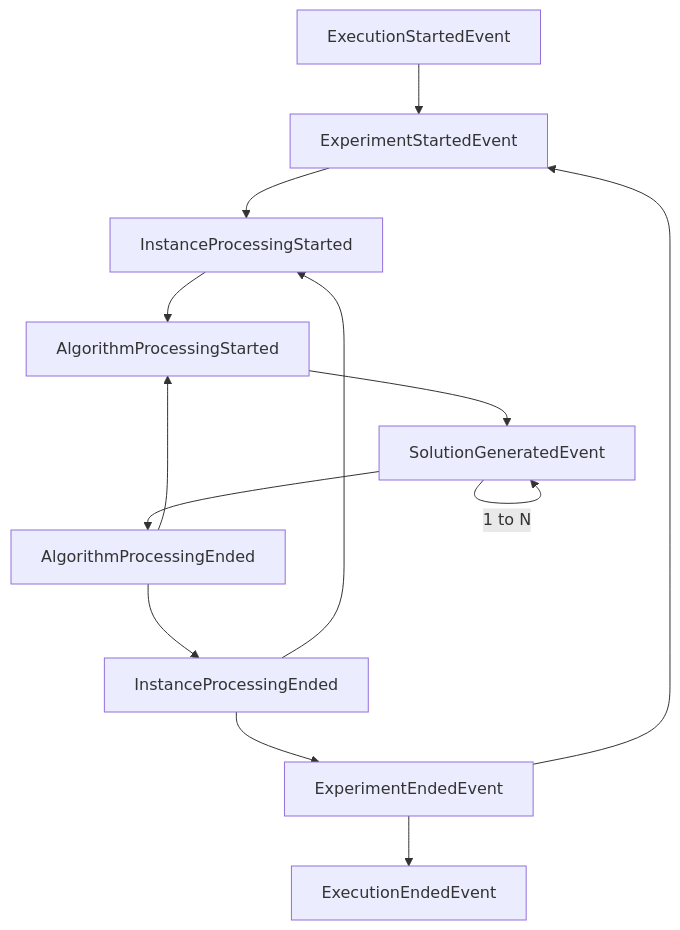
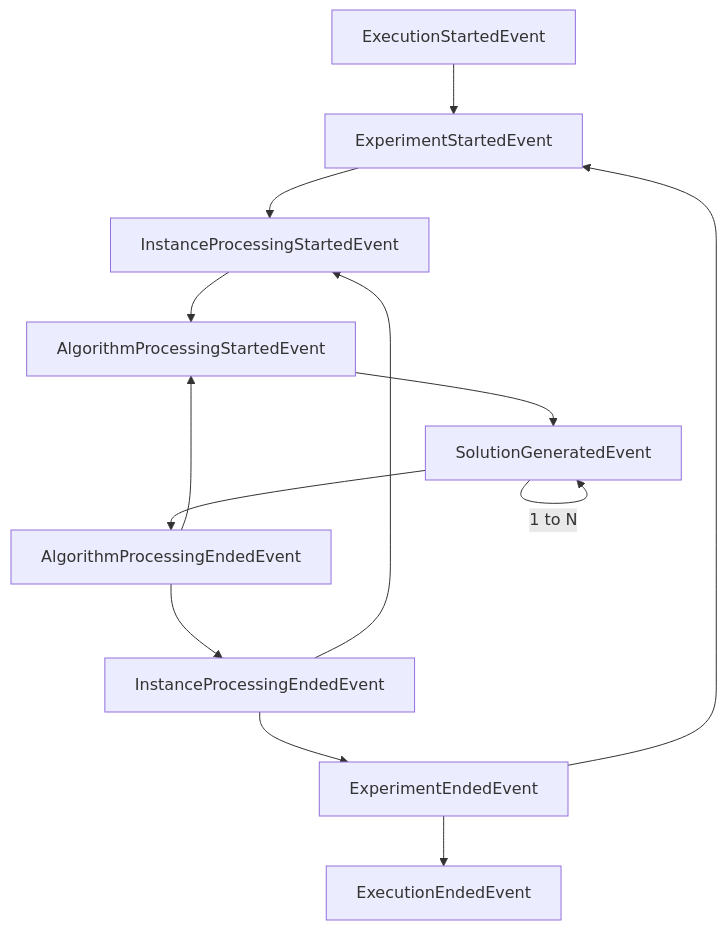
The diagram in docs/features/events.md (mork-optimization/mork), drawn with Mermaid before and after one commit. The commit also changed other lines of this file and 102 other files, not shown here.

````diff
--- a/docs/features/events.md
+++ b/docs/features/events.md
@@ -21,26 +26,26 @@
 ```mermaid
 graph TD;
     ExecS[ExecutionStartedEvent];
     ExpS[ExperimentStartedEvent];
-    InsS[InstanceProcessingStarted];
-    AlgS[AlgorithmProcessingStarted];
+    InsS[InstanceProcessingStartedEvent];
+    AlgS[AlgorithmProcessingStartedEvent];
     SolG[SolutionGeneratedEvent];
-    AlgE[AlgorithmProcessingEnded];
-    InsE[InstanceProcessingEnded];
-    ExpE[ExperimentEndedEvent]
+    AlgE[AlgorithmProcessingEndedEvent];
+    InsE[InstanceProcessingEndedEvent];
+    ExpE[ExperimentEndedEvent];
     ExecE[ExecutionEndedEvent];
     ExecS-->ExpS;
     ExpS-->InsS;
     InsS-->AlgS;
     AlgS-->SolG
     SolG-->AlgE;
     AlgE-->InsE;
     InsE-->ExpE;
     ExpE-->ExecE;
     
     SolG-->|1 to N| SolG;
     AlgE-->AlgS;
     InsE-->InsS;
     ExpE-->ExpS;
     
 ```
````
